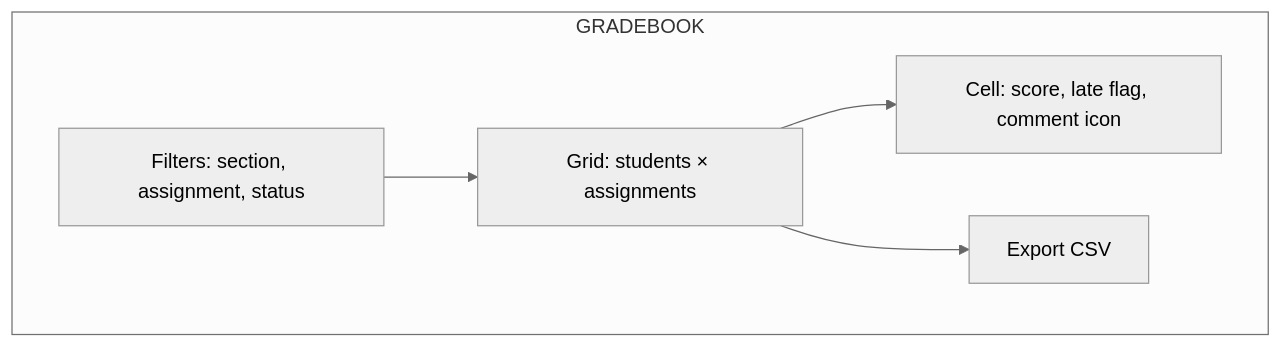
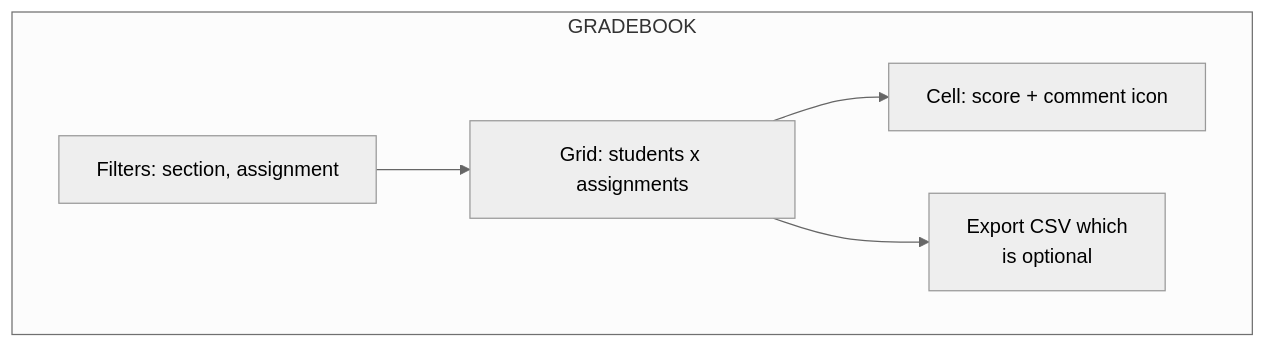
The fifth of 5 diagrams in apps/docs/public/wireframes.md (bzlatin/f25-cisc474-individual), drawn with Mermaid (neutral theme) before and after one commit. The commit also changed other lines of this file and 4 other files, not shown here.

````diff
--- a/apps/docs/public/wireframes.md
+++ b/apps/docs/public/wireframes.md
@@ -111,12 +82,14 @@
 ```mermaid
 flowchart TB
   subgraph GRADEBOOK
-    A[Filters: section, assignment, status]
-    B[Grid: students × assignments]
-    C[Cell: score, late flag, comment icon]
-    D[Export CSV]
+    A[Filters: section, assignment]
+    B[Grid: students x assignments]
+    C[Cell: score + comment icon]
+    D[Export CSV which
+    is optional]
   end
   A --> B
   B --> C
   B --> D
+
 ```
````
